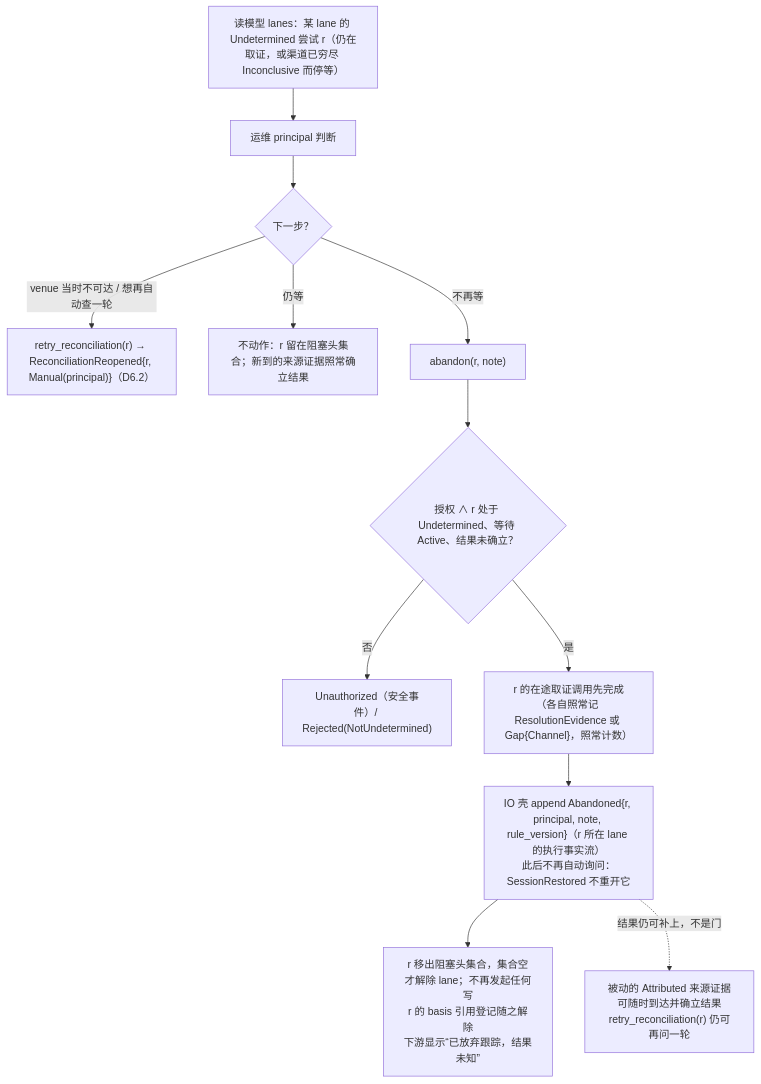
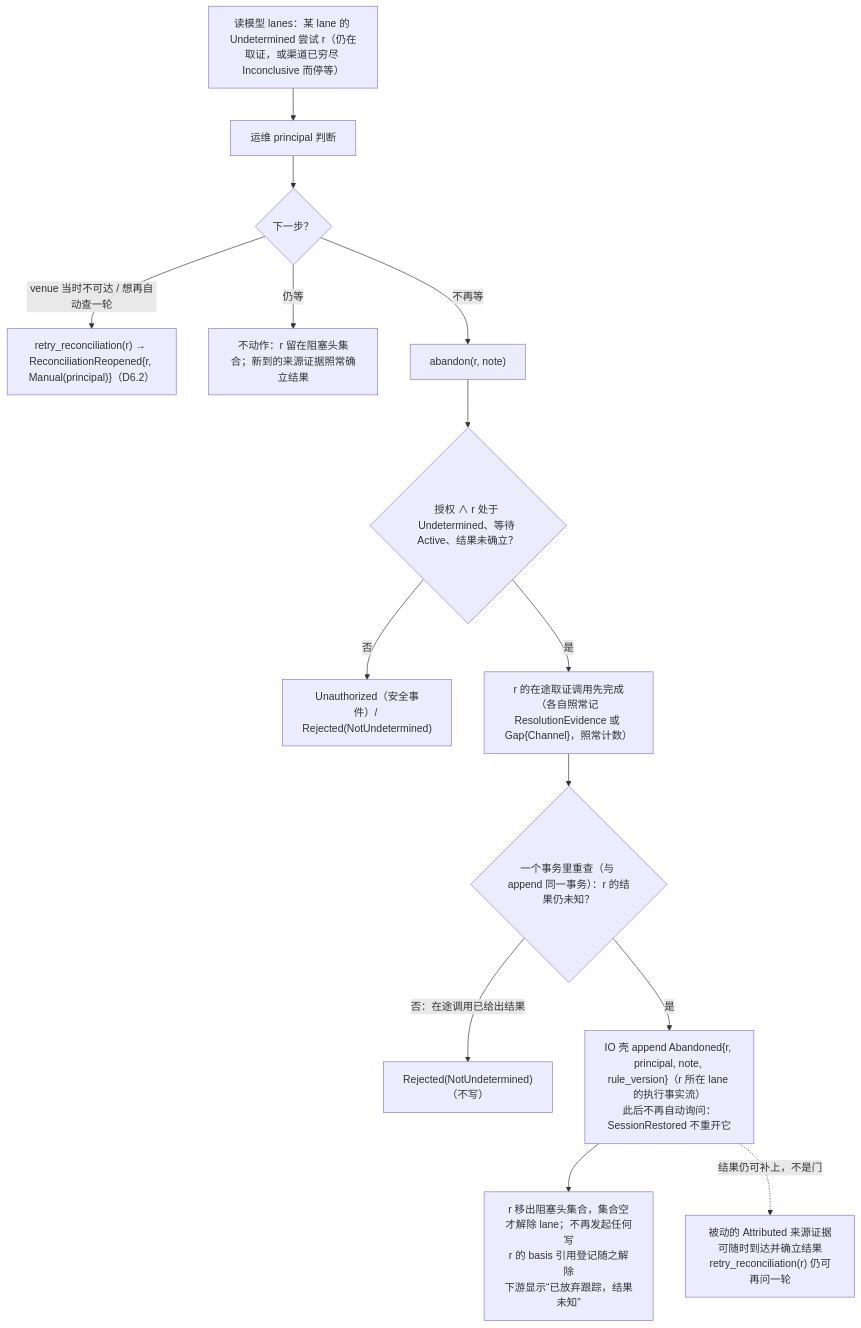
One commit to mouriya-s-lab/uta changed the third of 5 diagrams in design/diagrams/09-alice-session.md. Above: the diagram before and after it, drawn with Mermaid. The commit also changed other lines of this file and 10 other files, not shown here.

````diff
--- a/design/diagrams/09-alice-session.md
+++ b/design/diagrams/09-alice-session.md
@@ -103,15 +103,17 @@
 ```mermaid
 flowchart TB
   L["读模型 lanes：某 lane 的 Undetermined 尝试 r（仍在取证，或渠道已穷尽 Inconclusive 而停等）"]
   L --> OP["运维 principal 判断"]
   OP --> R1{"下一步？"}
   R1 -->|"venue 当时不可达 / 想再自动查一轮"| RT["retry_reconciliation(r) → ReconciliationReopened{r, Manual(principal)}（D6.2）"]
   R1 -->|"仍等"| KEEP["不动作：r 留在阻塞头集合；新到的来源证据照常确立结果"]
   R1 -->|"不再等"| AB["abandon(r, note)"]
   AB --> CHK{"授权 ∧ r 处于 Undetermined、等待 Active、结果未确立？"}
   CHK -->|"否"| RJ["Unauthorized（安全事件）/ Rejected(NotUndetermined)"]
   CHK -->|"是"| INF["r 的在途取证调用先完成（各自照常记 ResolutionEvidence 或 Gap{Channel}，照常计数）"]
-  INF --> AN["IO 壳 append Abandoned{r, principal, note, rule_version}（r 所在 lane 的执行事实流）<br/>此后不再自动询问：SessionRestored 不重开它"]
+  INF --> RCK{"一个事务里重查（与 append 同一事务）：r 的结果仍未知？"}
+  RCK -->|"否：在途调用已给出结果"| RJN["Rejected(NotUndetermined)（不写）"]
+  RCK -->|"是"| AN["IO 壳 append Abandoned{r, principal, note, rule_version}（r 所在 lane 的执行事实流）<br/>此后不再自动询问：SessionRestored 不重开它"]
   AN --> OUT["r 移出阻塞头集合，集合空才解除 lane；不再发起任何写<br/>r 的 basis 引用登记随之解除<br/>下游显示“已放弃跟踪，结果未知”"]
   AN -.->|"结果仍可补上，不是门"| LATE["被动的 Attributed 来源证据可随时到达并确立结果<br/>retry_reconciliation(r) 仍可再问一轮"]
 ```
````
